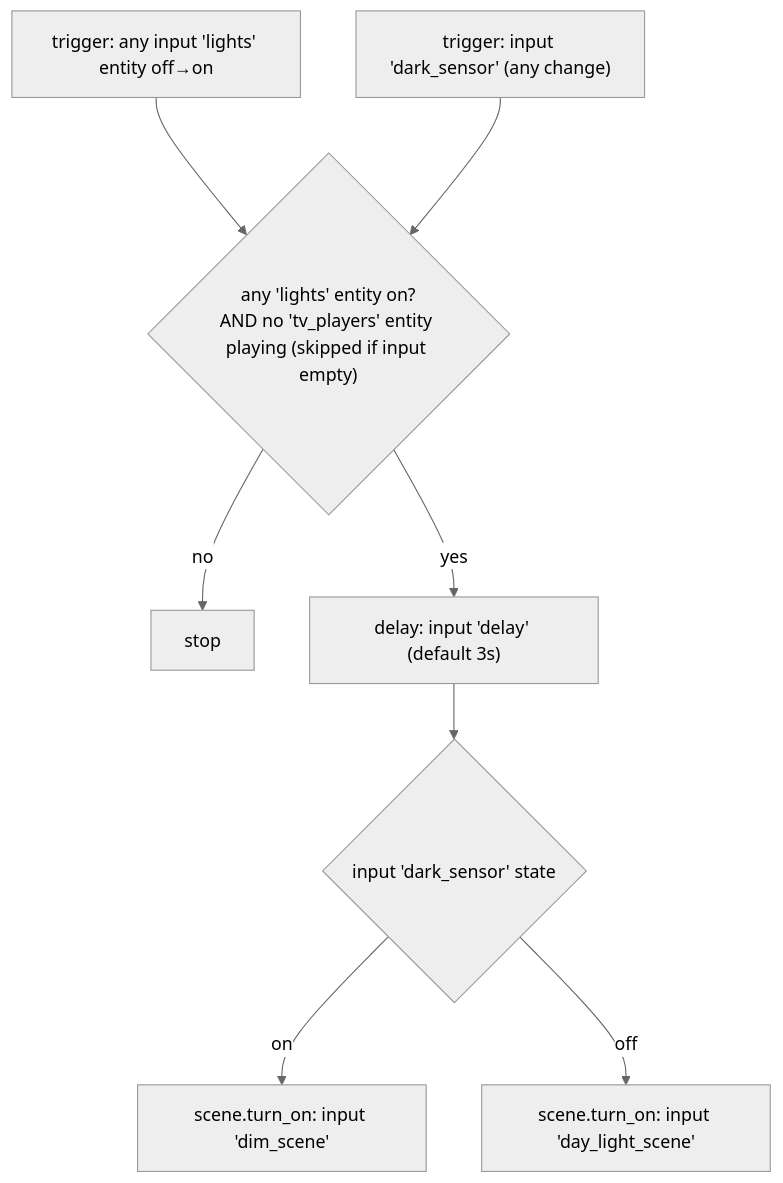
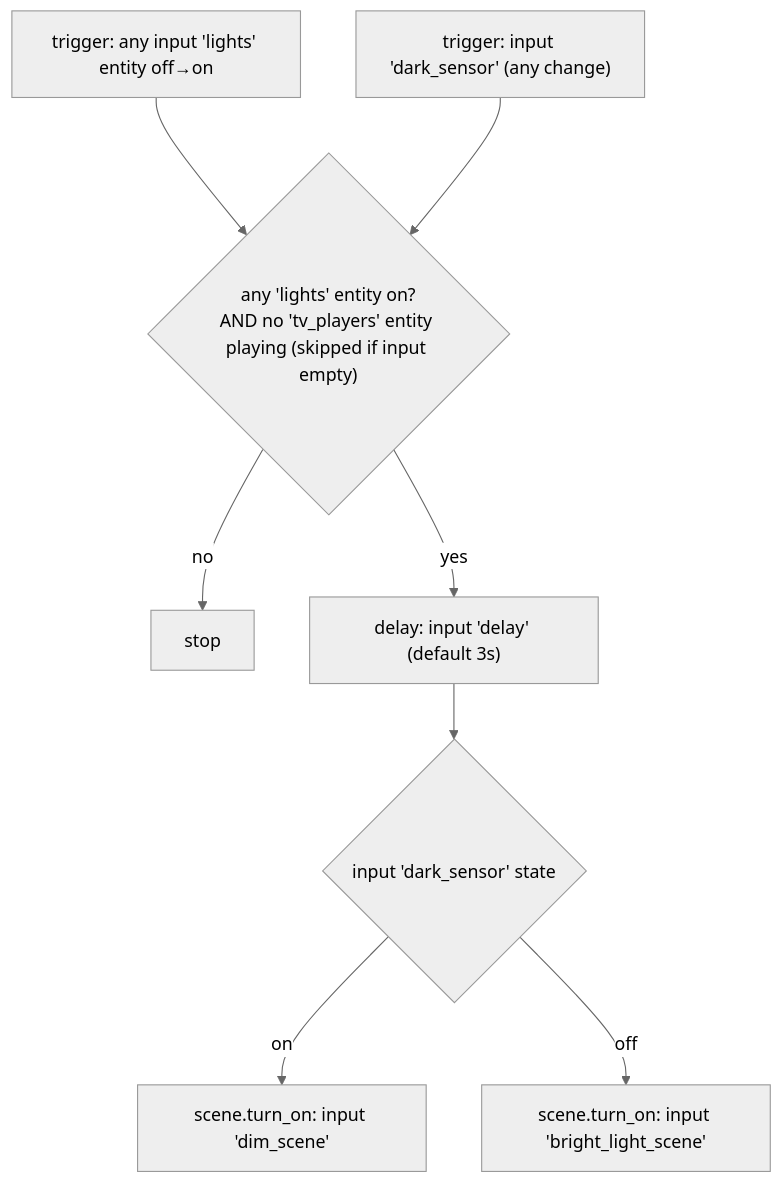
The first of 2 diagrams in docs/automations/README.md (nerami/terminus-config), drawn with Mermaid (neutral theme) before and after one commit. The commit also changed other lines of this file and 15 other files, not shown here.

First line of the commit message:
fix+refactor: TV/lamp schedule conflict, doc cleanup, Day Light/low_light rename

````diff
--- a/docs/automations/README.md
+++ b/docs/automations/README.md
@@ -16,13 +16,13 @@
 ```mermaid
 flowchart TD
     T1["trigger: any input 'lights' entity off→on"]
     T2["trigger: input 'dark_sensor' (any change)"]
     T1 --> C
     T2 --> C
     C{"any 'lights' entity on?\nAND no 'tv_players' entity playing (skipped if input empty)"}
     C -- no --> X["stop"]
     C -- yes --> D["delay: input 'delay' (default 3s)"]
     D --> S{"input 'dark_sensor' state"}
     S -- on --> DIM["scene.turn_on: input 'dim_scene'"]
-    S -- off --> DAY["scene.turn_on: input 'day_light_scene'"]
+    S -- off --> DAY["scene.turn_on: input 'bright_light_scene'"]
 ```
````
